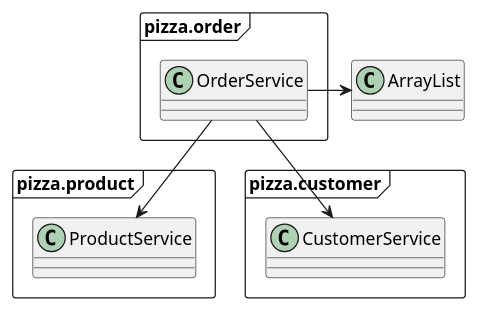
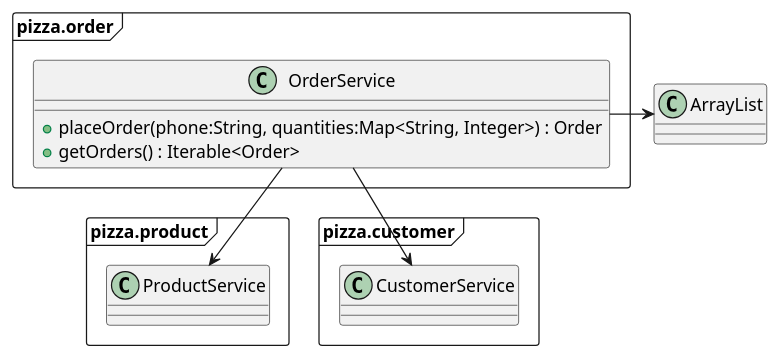
One commit to codevibe-de/spring-pizza-all changed the diagram in doc/order.puml. Above: the diagram before and after it, drawn with PlantUML. The commit also changed 1 other file, not shown here.

```diff
--- a/doc/order.puml
+++ b/doc/order.puml
@@ -1,20 +1,23 @@
 @startuml
 'https://plantuml.com/class-diagram
 set namespaceSeparator ::
 
 package "pizza.order" <<Frame>> {
-class OrderService
+class OrderService {
++ placeOrder(phone:String, quantities:Map<String, Integer>) : Order
++ getOrders() : Iterable<Order>
+}
 }
 
 package "pizza.product" <<Frame>> {
 class ProductService
 }
 
 package "pizza.customer" <<Frame>> {
 class CustomerService
 }
 
 OrderService -right-> ArrayList
 OrderService -down-> ProductService
 OrderService -down-> CustomerService
 @enduml
```
